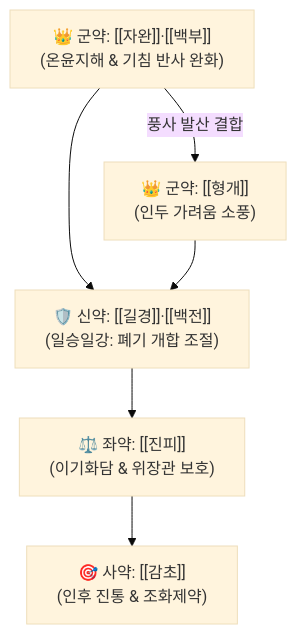
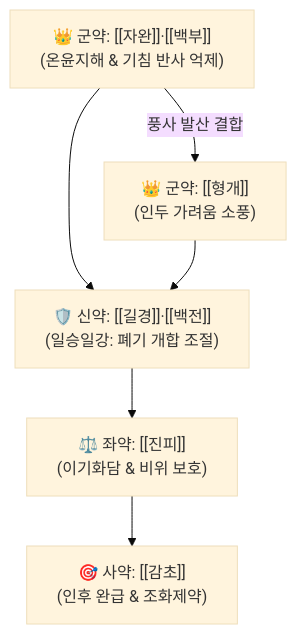
One commit to simbio11/simbio-digital-garden2 changed the diagram in content/2. 약리 공부/처방/01_해표제/지해산.md. Above: the diagram before and after it, drawn with Mermaid (base theme). The commit also changed other lines of this file and 248 other files, not shown here.

````diff
--- a/content/2. 약리 공부/처방/01_해표제/지해산.md
+++ b/content/2. 약리 공부/처방/01_해표제/지해산.md
@@ -9,8 +38,8 @@
 ```mermaid
 graph TD
-    Gun1["👑 군약: [[자완]]·[[백부]]<br>(온윤지해 & 기침 반사 완화)"] -->|풍사 발산 결합| Gun2["👑 군약: [[형개]]<br>(인두 가려움 소풍)"]
+    Gun1["👑 군약: [[자완]]·[[백부]]<br>(온윤지해 & 기침 반사 억제)"] -->|풍사 발산 결합| Gun2["👑 군약: [[형개]]<br>(인두 가려움 소풍)"]
     Gun1 --> Sin["🛡️ 신약: [[길경]]·[[백전]]<br>(일승일강: 폐기 개합 조절)"]
     Gun2 --> Sin
-    Sin --> Jwa["⚖️ 좌약: [[진피]]<br>(이기화담 & 위장관 보호)"]
-    Jwa --> Sa["🎯 사약: [[감초]]<br>(인후 진통 & 조화제약)"]
+    Sin --> Jwa["⚖️ 좌약: [[진피]]<br>(이기화담 & 비위 보호)"]
+    Jwa --> Sa["🎯 사약: [[감초]]<br>(인후 완급 & 조화제약)"]
 ```
````
